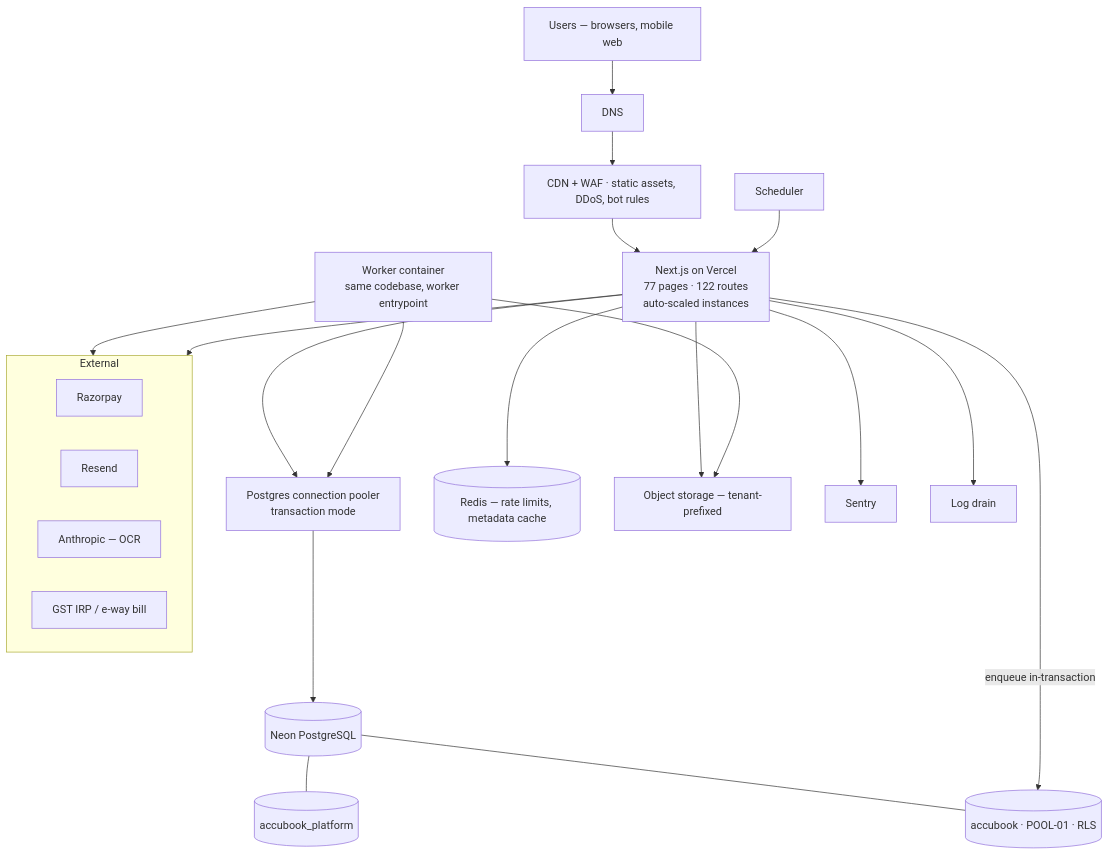
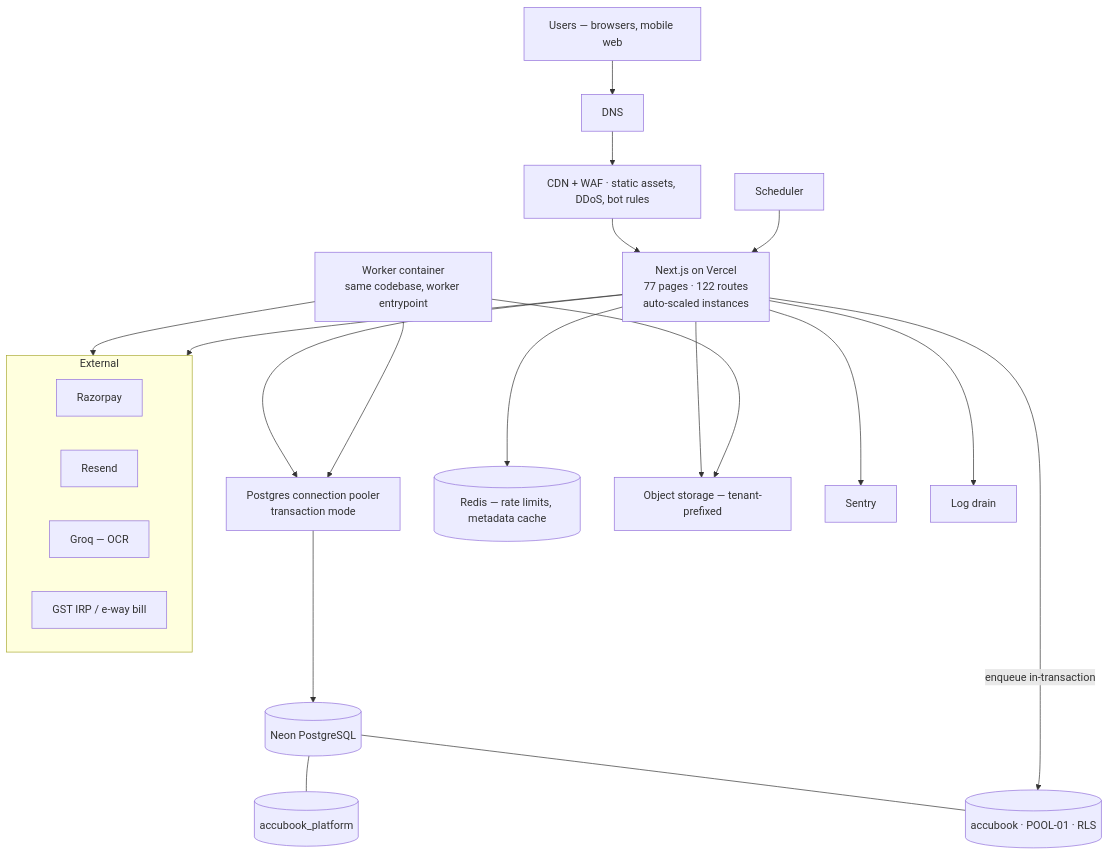
Diagram 32 of 36 in docs/Architecture.md (Tatu1984/accubook), drawn with Mermaid before and after one commit. The commit also changed other lines of this file and 1 other file, not shown here.

Commit message:
docs: OCR design is added in the documentation

````diff
--- a/docs/Architecture.md
+++ b/docs/Architecture.md
@@ -3519,26 +3519,26 @@
 ```mermaid
 graph TB
     U[Users — browsers, mobile web] --> DNS[DNS]
     DNS --> CDN[CDN + WAF · static assets, DDoS, bot rules]
     CDN --> APP[Next.js on Vercel<br/>77 pages · 122 routes<br/>auto-scaled instances]
     APP --> POOLER[Postgres connection pooler<br/>transaction mode]
     POOLER --> PG[(Neon PostgreSQL)]
     PG --- PLATDB[(accubook_platform)]
     PG --- TENDB[(accubook · POOL-01 · RLS)]
     APP --> REDIS[(Redis — rate limits, metadata cache)]
     APP --> BLOB[Object storage — tenant-prefixed]
     APP --> SENTRY[Sentry]
     APP --> LOGS[Log drain]
     SCHED[Scheduler] --> APP
     APP -->|enqueue in-transaction| TENDB
     WORKER[Worker container<br/>same codebase, worker entrypoint] --> POOLER
     WORKER --> BLOB
     WORKER --> EXT
     subgraph EXT[External]
         RZP[Razorpay]
         RES[Resend]
-        ANT[Anthropic — OCR]
+        ANT[Groq — OCR]
         GST[GST IRP / e-way bill]
     end
     APP --> EXT
 ```
````
